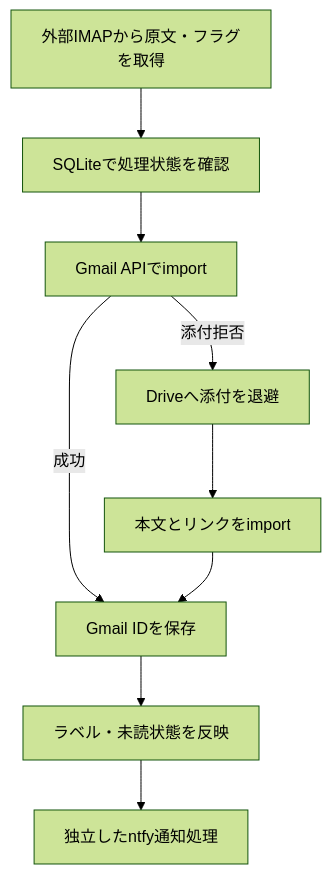
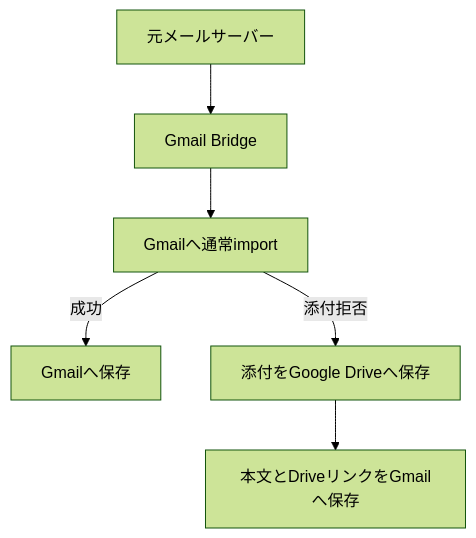
The diagram in public/gmail-pop-end-gmail-bridge.md (sosboy-san/qiita-articles), drawn with Mermaid (forest theme) before and after one commit. The commit also changed other lines of this file, not shown here.

Commit message:
Replace Gmail Bridge draft with author revised narrative

````diff
--- a/public/gmail-pop-end-gmail-bridge.md
+++ b/public/gmail-pop-end-gmail-bridge.md
@@ -60,11 +153,8 @@
 ```mermaid
 flowchart TD
-    I["外部IMAPから原文・フラグを取得"] --> S["SQLiteで処理状態を確認"]
-    S --> G["Gmail APIでimport"]
-    G -->|成功| P["Gmail IDを保存"]
-    G -->|添付拒否| D["Driveへ添付を退避"]
-    D --> F["本文とリンクをimport"]
-    F --> P
-    P --> L["ラベル・未読状態を反映"]
-    L --> N["独立したntfy通知処理"]
+    S["元メールサーバー"] --> B["Gmail Bridge"]
+    B --> I["Gmailへ通常import"]
+    I -->|成功| G["Gmailへ保存"]
+    I -->|添付拒否| D["添付をGoogle Driveへ保存"]
+    D --> L["本文とDriveリンクをGmailへ保存"]
 ```
````
